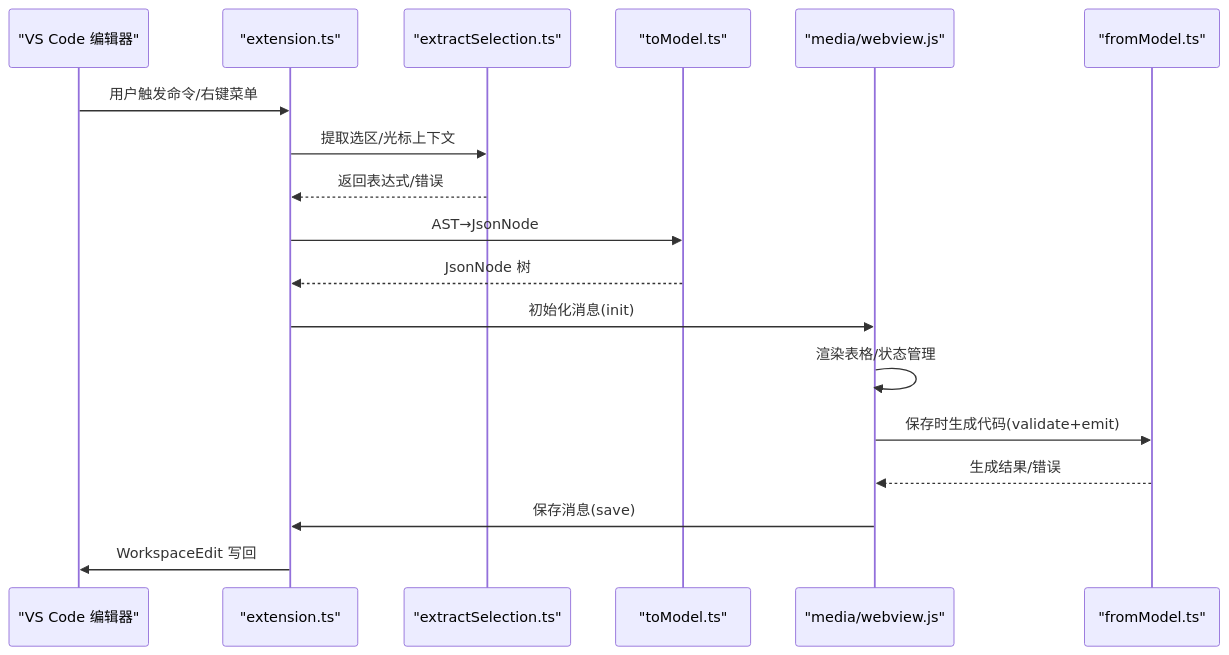
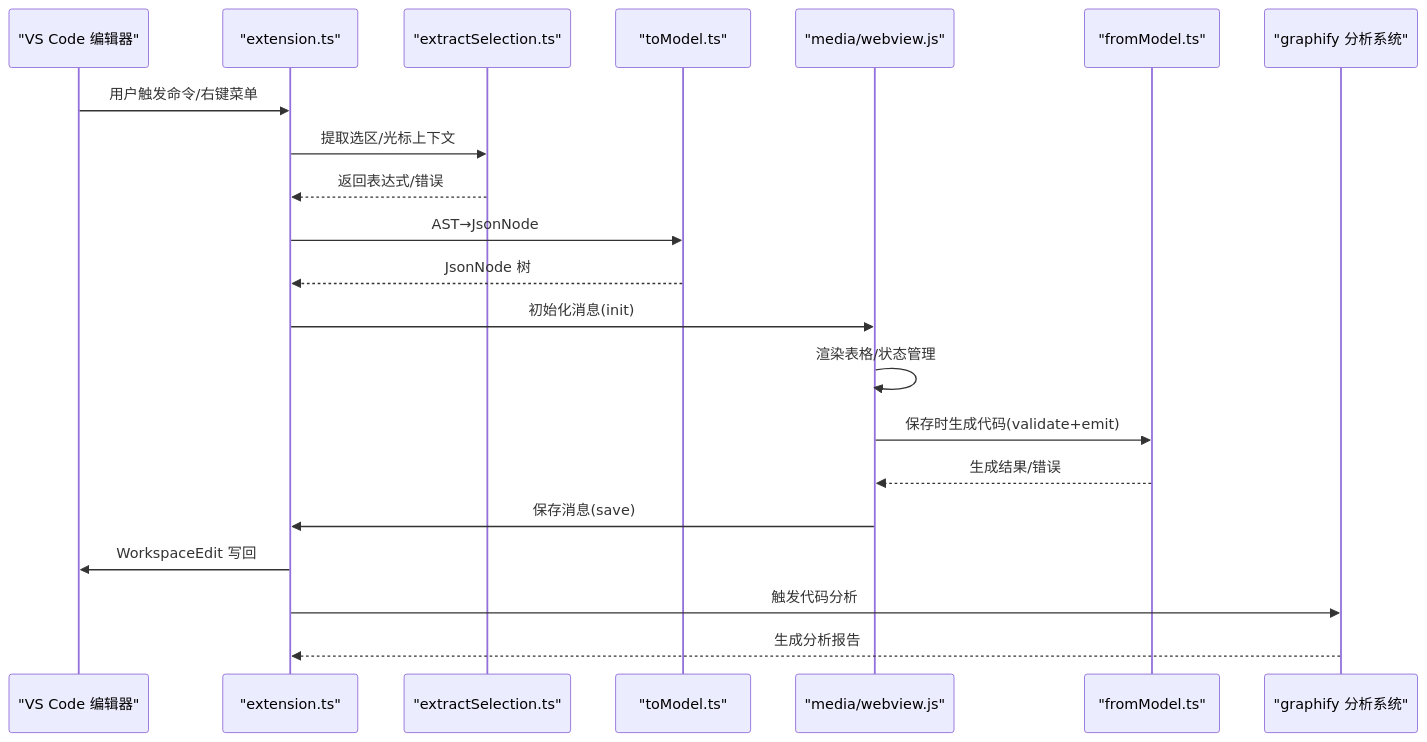
Before and after one commit to meiok1/wysjson: the second of 8 diagrams in .qoder/repowiki/zh/content/高级功能特性/高级功能特性.md, drawn with Mermaid. The commit also changed other lines of this file and 58 other files, not shown here.

````diff
--- a/.qoder/repowiki/zh/content/高级功能特性/高级功能特性.md
+++ b/.qoder/repowiki/zh/content/高级功能特性/高级功能特性.md
@@ -94,20 +121,23 @@
 ```mermaid
 sequenceDiagram
 participant VS as "VS Code 编辑器"
 participant EXT as "extension.ts"
 participant EX as "extractSelection.ts"
 participant TM as "toModel.ts"
 participant WV as "media/webview.js"
 participant FM as "fromModel.ts"
+participant GRAPH as "graphify 分析系统"
 VS->>EXT : 用户触发命令/右键菜单
 EXT->>EX : 提取选区/光标上下文
 EX-->>EXT : 返回表达式/错误
 EXT->>TM : AST→JsonNode
 TM-->>EXT : JsonNode 树
 EXT->>WV : 初始化消息(init)
 WV->>WV : 渲染表格/状态管理
 WV->>FM : 保存时生成代码(validate+emit)
 FM-->>WV : 生成结果/错误
 WV->>EXT : 保存消息(save)
 EXT->>VS : WorkspaceEdit 写回
+EXT->>GRAPH : 触发代码分析
+GRAPH-->>EXT : 生成分析报告
 ```
````
